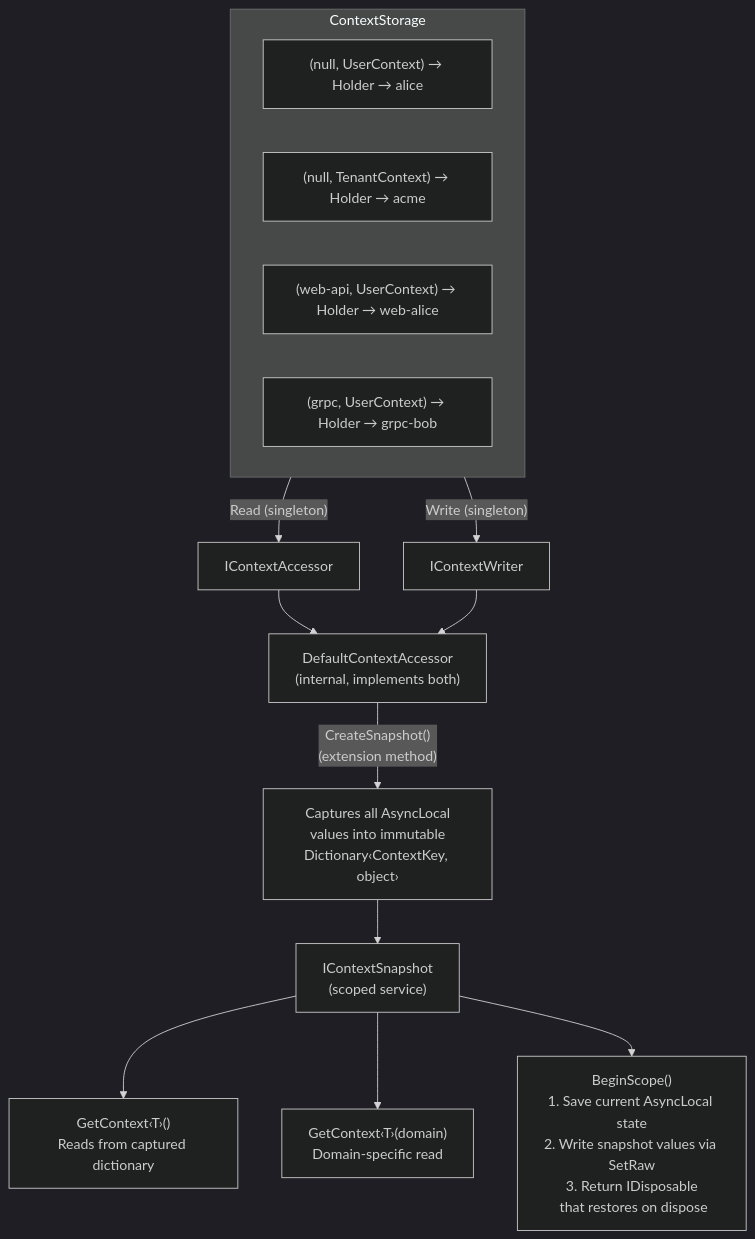
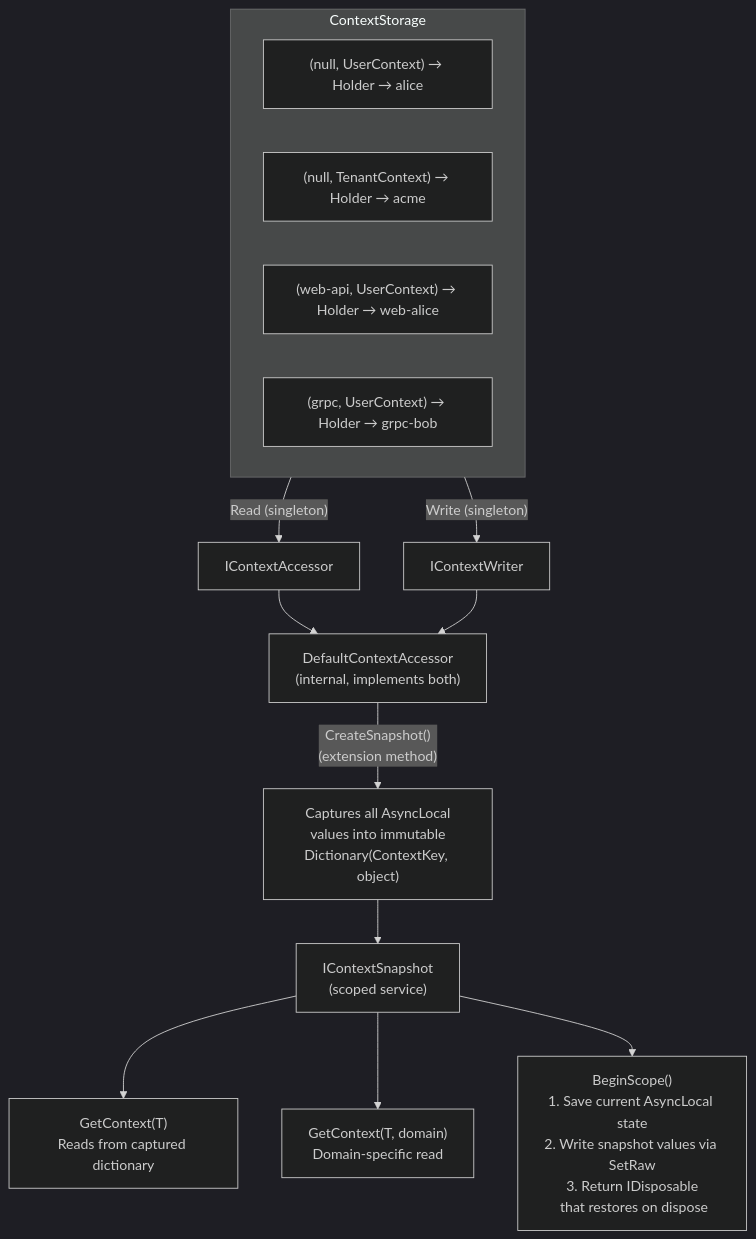
The fourth of 8 diagrams in docs/ARCHITECTURE.md (arttonoyan/ContextR), drawn with Mermaid (dark theme) before and after one commit. The commit also changed other lines of this file and 1 other file, not shown here.

First line of the commit message:
Improve Mermaid rendering and update diagram syntax

````diff
--- a/docs/ARCHITECTURE.md
+++ b/docs/ARCHITECTURE.md
@@ -335,23 +335,23 @@
 ```mermaid
 graph TD
     subgraph Storage["ContextStorage"]
         S1["(null, UserContext) → Holder → alice"]
         S2["(null, TenantContext) → Holder → acme"]
         S3["(web-api, UserContext) → Holder → web-alice"]
         S4["(grpc, UserContext) → Holder → grpc-bob"]
     end
 
     Storage -- "Read (singleton)" --> Accessor["IContextAccessor"]
     Storage -- "Write (singleton)" --> Writer["IContextWriter"]
 
     Accessor --> DCA["DefaultContextAccessor\n(internal, implements both)"]
     Writer --> DCA
 
-    DCA -- "CreateSnapshot()\n(extension method)" --> Capture["Captures all AsyncLocal\nvalues into immutable\nDictionary‹ContextKey, object›"]
+    DCA -- "CreateSnapshot()\n(extension method)" --> Capture["Captures all AsyncLocal\nvalues into immutable\nDictionary(ContextKey, object)"]
 
     Capture --> Snapshot["IContextSnapshot\n(scoped service)"]
 
-    Snapshot --> GetCtx["GetContext‹T›()\nReads from captured dictionary"]
-    Snapshot --> GetDomain["GetContext‹T›(domain)\nDomain-specific read"]
+    Snapshot --> GetCtx["GetContext(T)\nReads from captured dictionary"]
+    Snapshot --> GetDomain["GetContext(T, domain)\nDomain-specific read"]
     Snapshot --> BeginScope["BeginScope()\n1. Save current AsyncLocal state\n2. Write snapshot values via SetRaw\n3. Return IDisposable\n that restores on dispose"]
 ```
````
